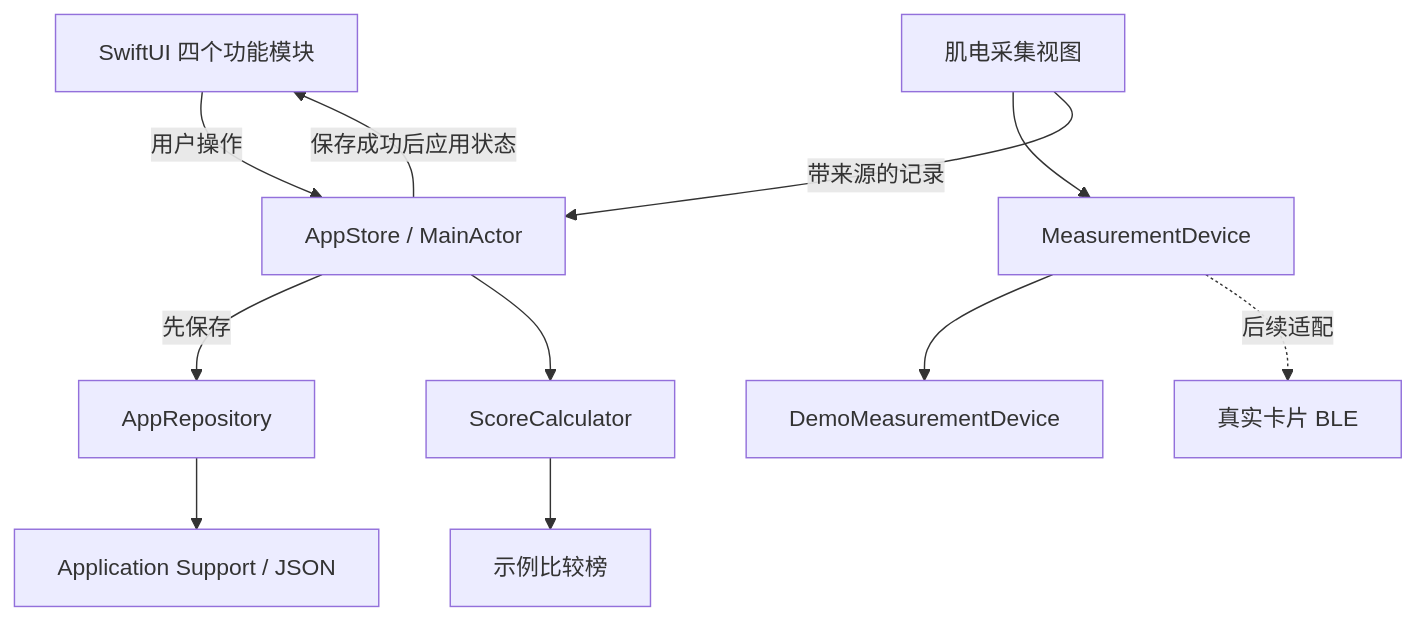
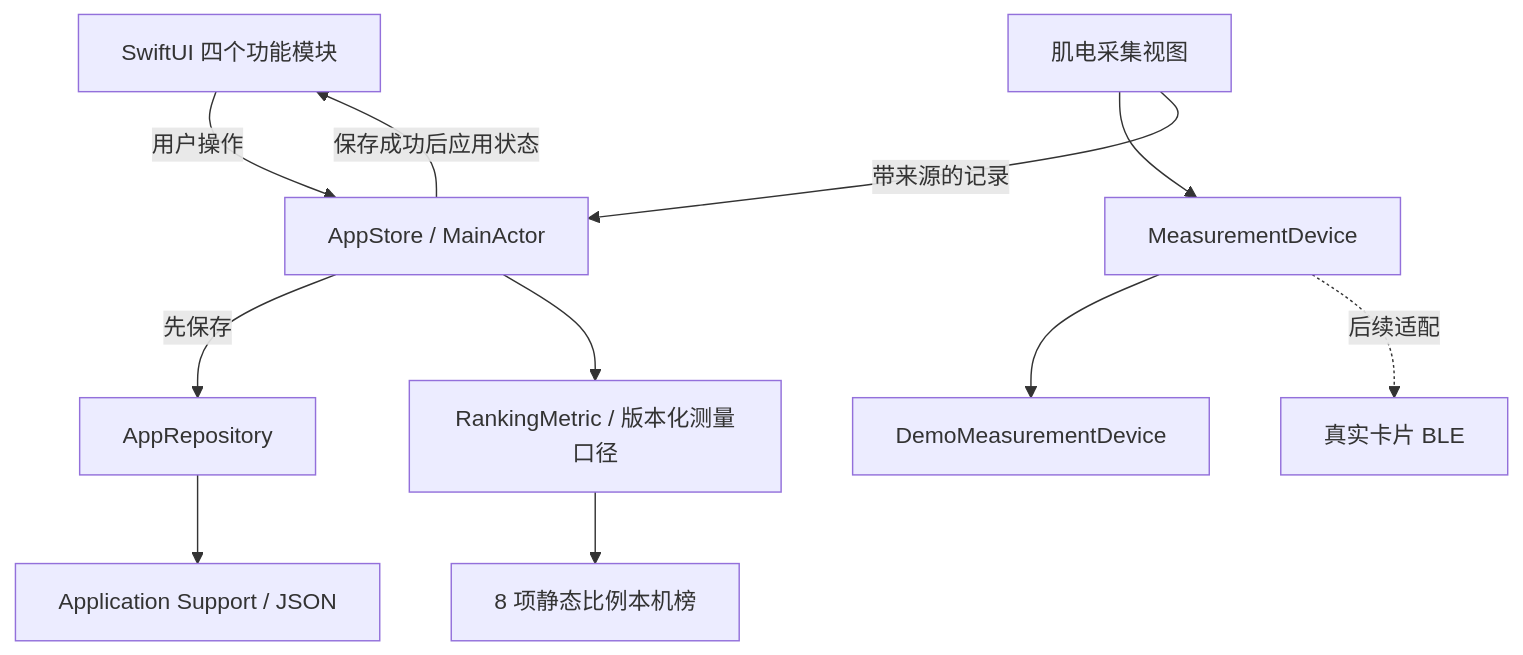
One commit to doyoulikelin-wq/kaX changed the diagram in docs/architecture.md. Above: the diagram before and after it, drawn with Mermaid. The commit also changed other lines of this file and 29 other files, not shown here.

````diff
--- a/docs/architecture.md
+++ b/docs/architecture.md
@@ -9,13 +9,13 @@
 ```mermaid
 flowchart TD
     UI[SwiftUI 四个功能模块] -->|用户操作| Store[AppStore / MainActor]
     Store -->|先保存| Repo[AppRepository]
     Repo --> Disk[Application Support / JSON]
     Store -->|保存成功后应用状态| UI
     Capture[肌电采集视图] --> Device[MeasurementDevice]
     Device --> Demo[DemoMeasurementDevice]
     Device -.后续适配.-> BLE[真实卡片 BLE]
     Capture -->|带来源的记录| Store
-    Store --> Scores[ScoreCalculator]
-    Scores --> Rank[示例比较榜]
+    Store --> Ratios[RankingMetric / 版本化测量口径]
+    Ratios --> Rank[8 项静态比例本机榜]
 ```
````
